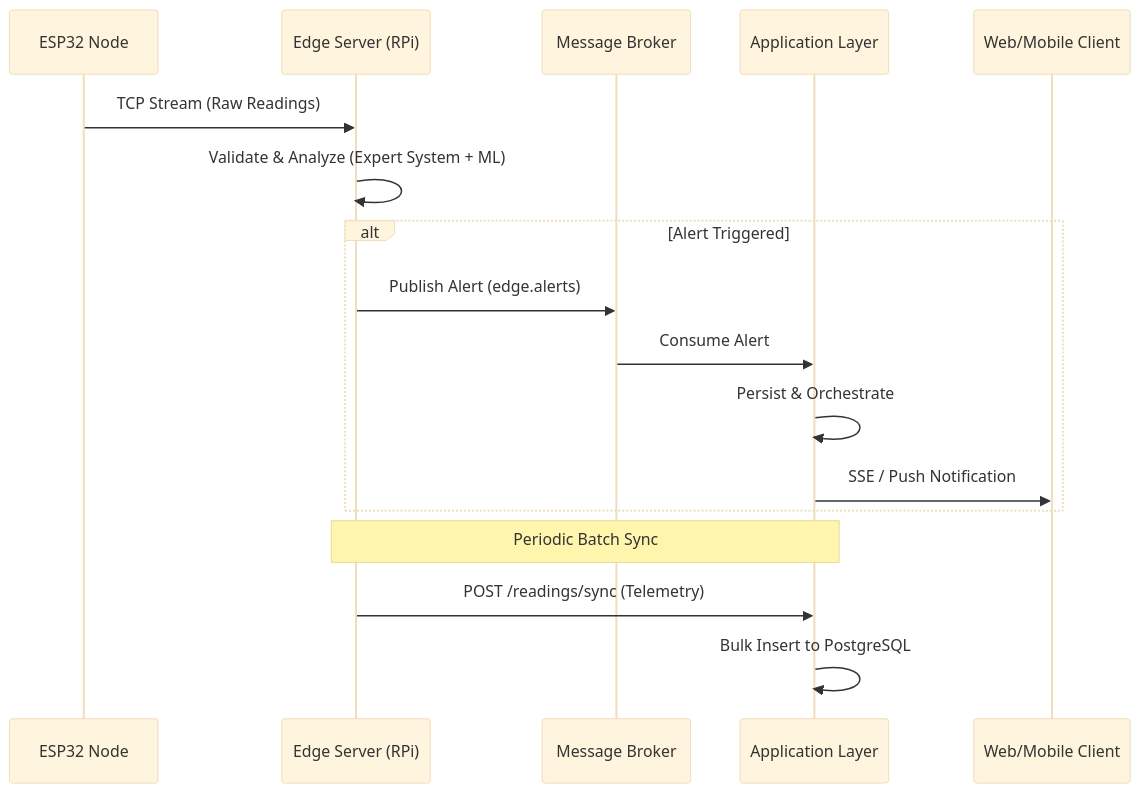
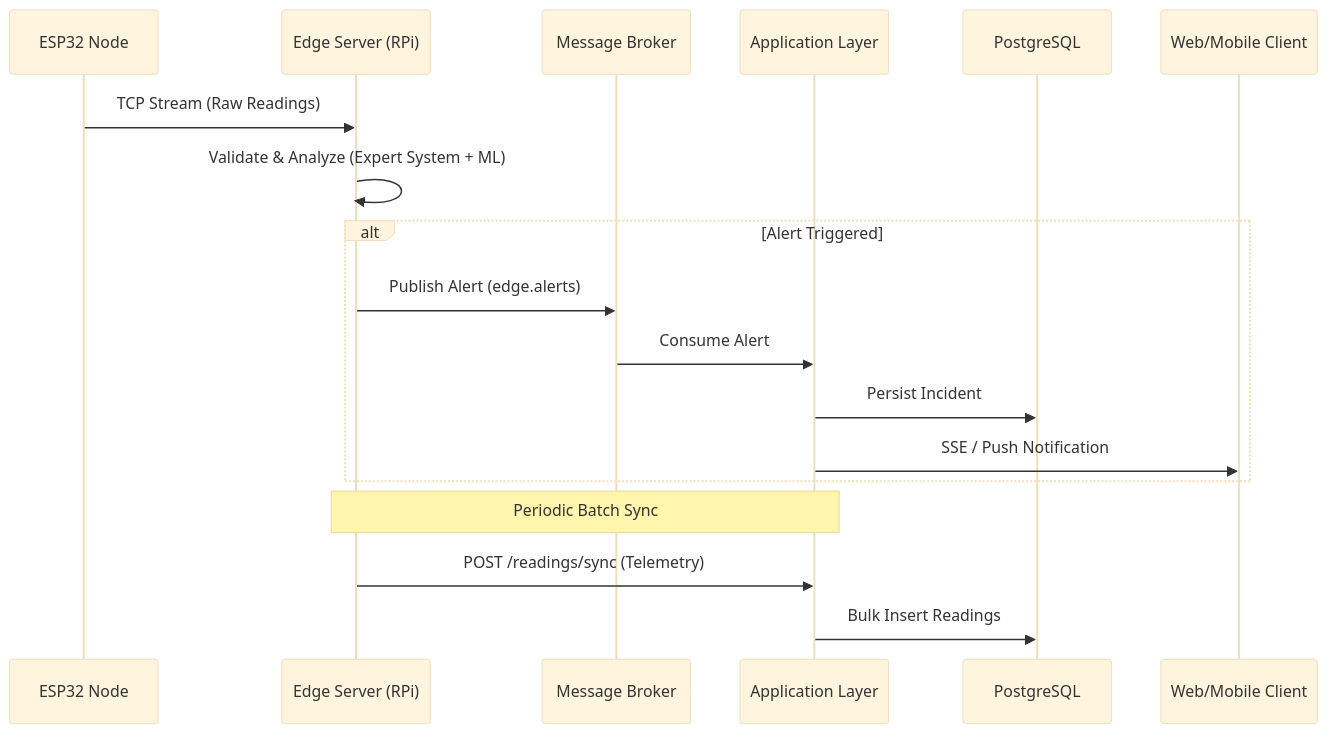
Before and after one commit to sam-harold/deepatmos-info: the fourth of 5 diagrams in README.md, drawn with Mermaid (base theme). The commit also changed other lines of this file, not shown here.

````diff
--- a/README.md
+++ b/README.md
@@ -222,22 +227,23 @@
 ```mermaid
 sequenceDiagram
     participant ESP as ESP32 Node
     participant Edge as Edge Server (RPi)
     participant Kafka as Message Broker
     participant App as Application Layer
+    participant DB as PostgreSQL
     participant Client as Web/Mobile Client
 
     ESP->>Edge: TCP Stream (Raw Readings)
     Edge->>Edge: Validate & Analyze (Expert System + ML)
-
+    
     alt Alert Triggered
         Edge->>Kafka: Publish Alert (edge.alerts)
         Kafka->>App: Consume Alert
-        App->>App: Persist & Orchestrate
+        App->>DB: Persist Incident
         App->>Client: SSE / Push Notification
     end
 
     Note over Edge, App: Periodic Batch Sync
     Edge->>App: POST /readings/sync (Telemetry)
-    App->>App: Bulk Insert to PostgreSQL
+    App->>DB: Bulk Insert Readings
 ```
````
